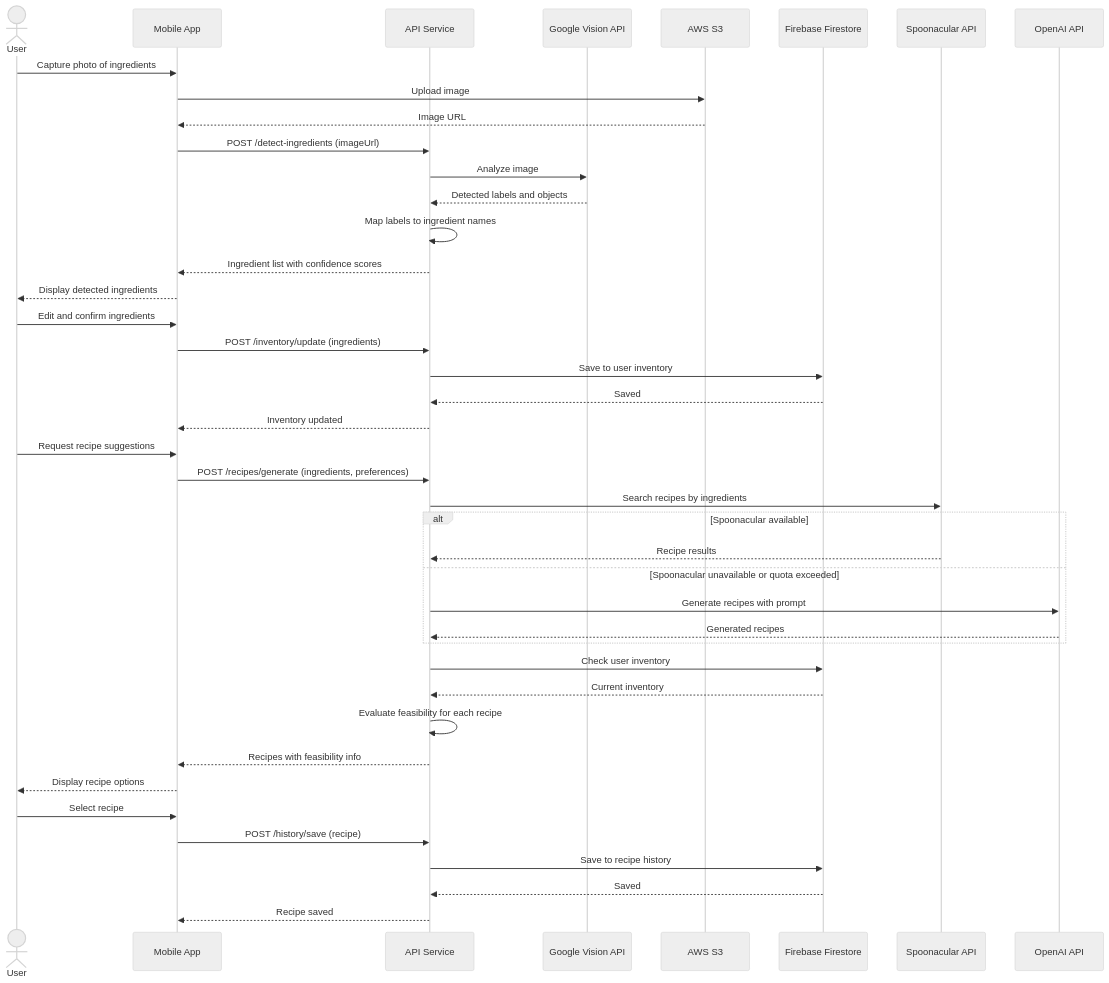
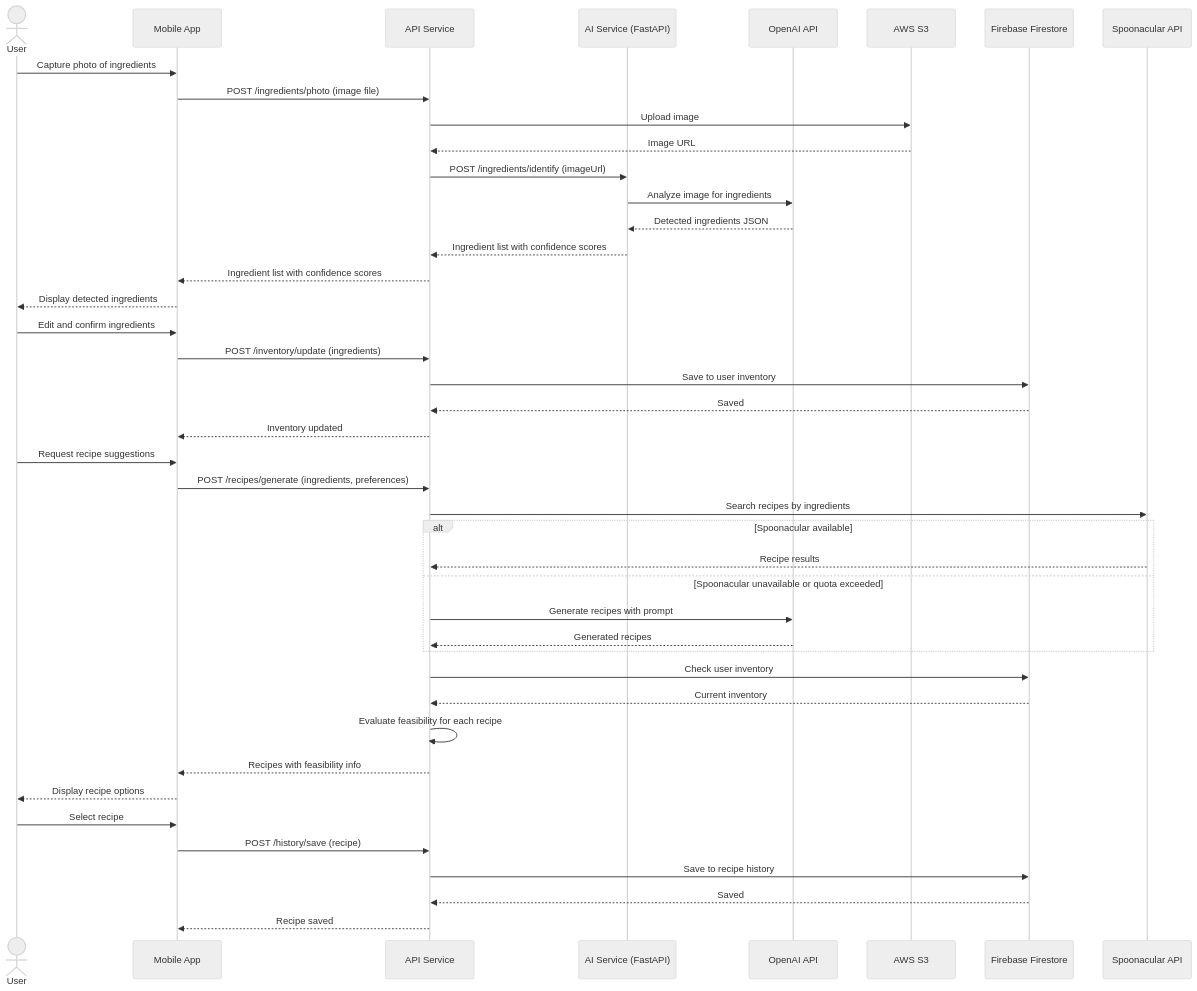
One commit to CSYE7230-Group03/SDLC-TeamProject changed the fifth of 6 diagrams in docs/PART_B_DIAGRAMS.md. Above: the diagram before and after it, drawn with Mermaid (neutral theme). The commit also changed 7 other files, not shown here.

Commit message:
Photo-Based Ingredient Identification

````diff
--- a/docs/PART_B_DIAGRAMS.md
+++ b/docs/PART_B_DIAGRAMS.md
@@ -331,50 +331,51 @@
 ```mermaid
 sequenceDiagram
     actor User
     participant App as Mobile App
     participant API as API Service
-    participant Vision as Google Vision API
+    participant AIService as AI Service (FastAPI)
+    participant OpenAI as OpenAI API
     participant S3 as AWS S3
     participant DB as Firebase Firestore
     participant Spoonacular as Spoonacular API
-    participant OpenAI as OpenAI API
 
     User->>App: Capture photo of ingredients
-    App->>S3: Upload image
-    S3-->>App: Image URL
-    App->>API: POST /detect-ingredients (imageUrl)
-    API->>Vision: Analyze image
-    Vision-->>API: Detected labels and objects
-    API->>API: Map labels to ingredient names
+    App->>API: POST /ingredients/photo (image file)
+    API->>S3: Upload image
+    S3-->>API: Image URL
+    API->>AIService: POST /ingredients/identify (imageUrl)
+    AIService->>OpenAI: Analyze image for ingredients
+    OpenAI-->>AIService: Detected ingredients JSON
+    AIService-->>API: Ingredient list with confidence scores
     API-->>App: Ingredient list with confidence scores
     App-->>User: Display detected ingredients
 
     User->>App: Edit and confirm ingredients
     App->>API: POST /inventory/update (ingredients)
     API->>DB: Save to user inventory
     DB-->>API: Saved
     API-->>App: Inventory updated
 
     User->>App: Request recipe suggestions
     App->>API: POST /recipes/generate (ingredients, preferences)
     API->>Spoonacular: Search recipes by ingredients
     
     alt Spoonacular available
         Spoonacular-->>API: Recipe results
     else Spoonacular unavailable or quota exceeded
         API->>OpenAI: Generate recipes with prompt
         OpenAI-->>API: Generated recipes
     end
 
     API->>DB: Check user inventory
     DB-->>API: Current inventory
     API->>API: Evaluate feasibility for each recipe
     API-->>App: Recipes with feasibility info
     App-->>User: Display recipe options
 
     User->>App: Select recipe
     App->>API: POST /history/save (recipe)
     API->>DB: Save to recipe history
     DB-->>API: Saved
     API-->>App: Recipe saved
 ```
````
